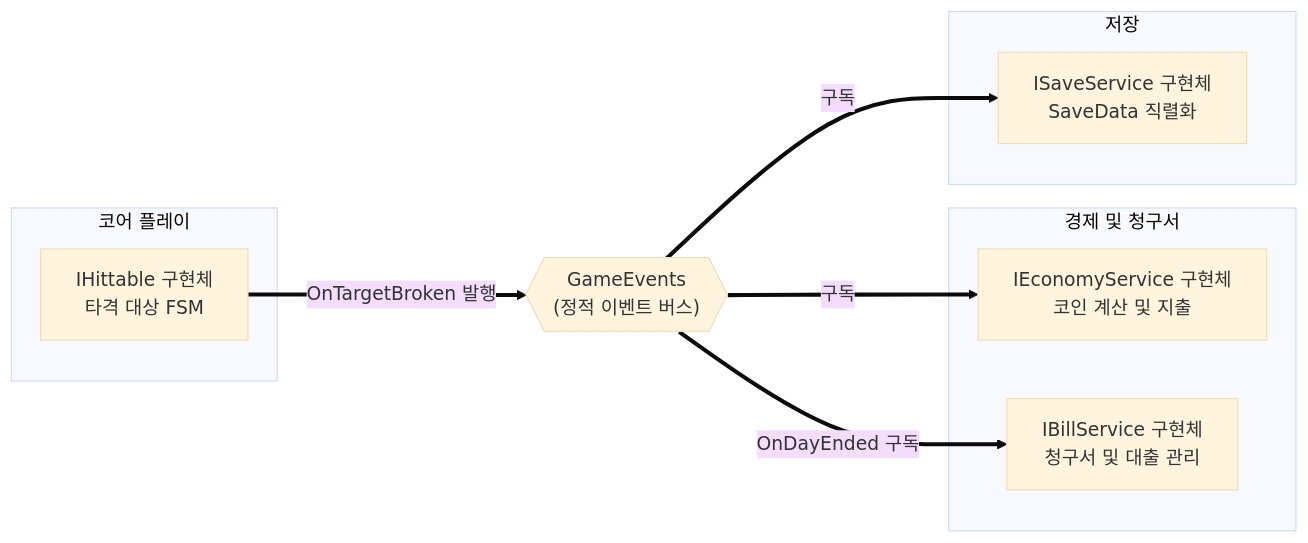
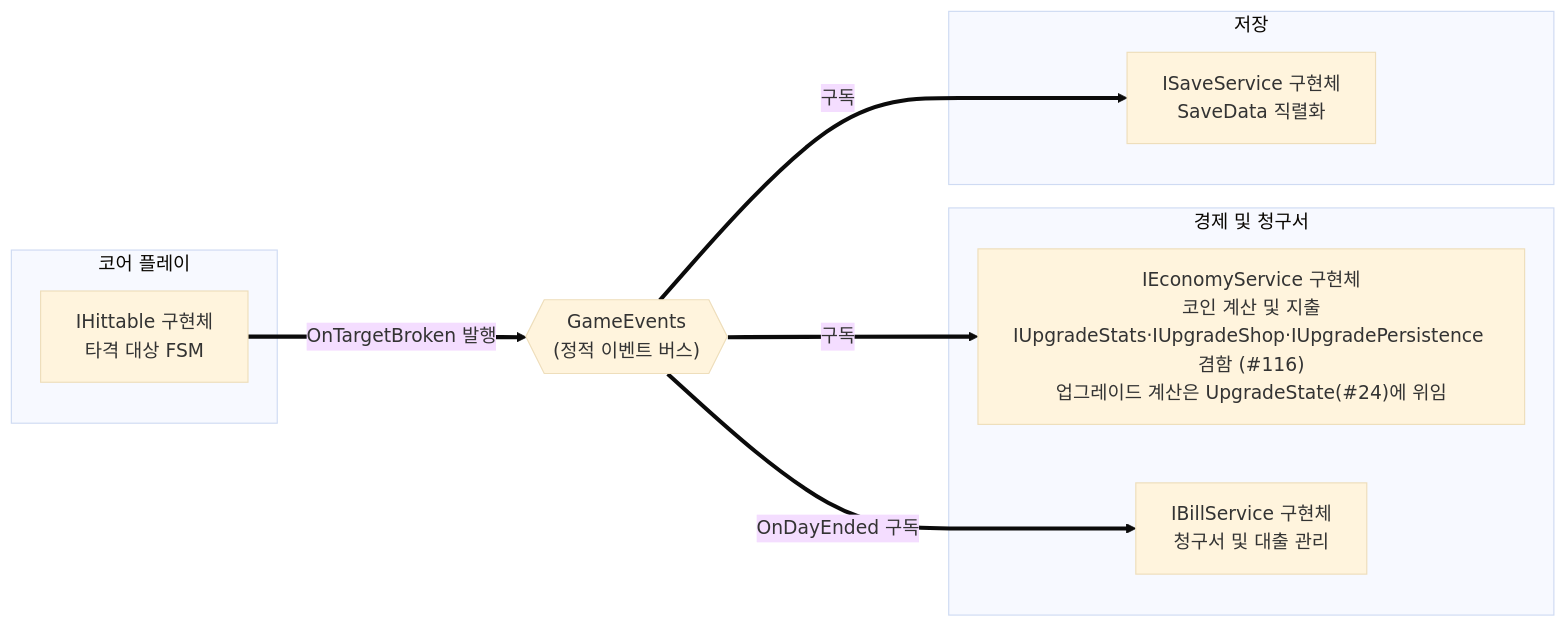
The diagram in docs/TECH_NOTES/contracts.md (KDNA-Gwangju-1/NCAIClicker), drawn with Mermaid (base theme) before and after one commit. The commit also changed other lines of this file and 3 other files, not shown here.

````diff
--- a/docs/TECH_NOTES/contracts.md
+++ b/docs/TECH_NOTES/contracts.md
@@ -23,22 +29,22 @@
 ```mermaid
 flowchart LR
   subgraph Core["코어 플레이"]
     Hittable["IHittable 구현체<br/>타격 대상 FSM"]
   end
 
   subgraph Economy["경제 및 청구서"]
-    EconService["IEconomyService 구현체<br/>코인 계산 및 지출"]
+    EconService["IEconomyService 구현체<br/>코인 계산 및 지출<br/>IUpgradeStats·IUpgradeShop·IUpgradePersistence 겸함 (#116)<br/>업그레이드 계산은 UpgradeState(#24)에 위임"]
     BillService["IBillService 구현체<br/>청구서 및 대출 관리"]
   end
 
   subgraph Save["저장"]
     SaveService["ISaveService 구현체<br/>SaveData 직렬화"]
   end
 
   events{{"GameEvents<br/>(정적 이벤트 버스)"}}
 
   Hittable == "OnTargetBroken 발행" ==> events
   events == "구독" ==> EconService
   events == "OnDayEnded 구독" ==> BillService
   events == "구독" ==> SaveService
 ```
````
